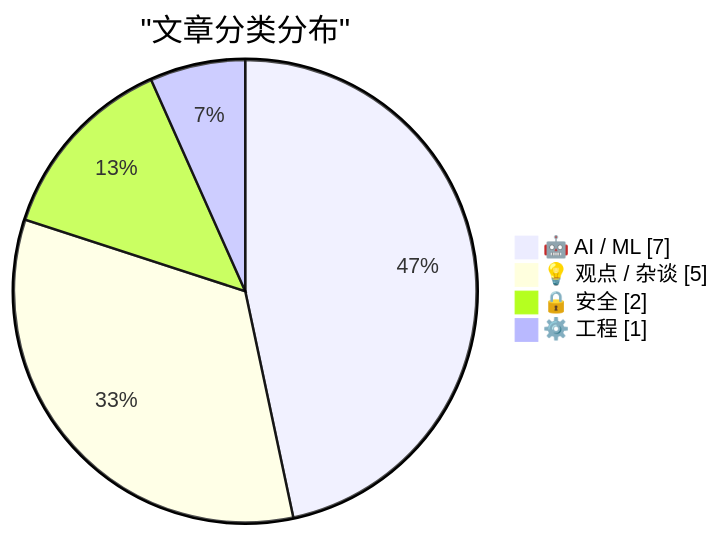
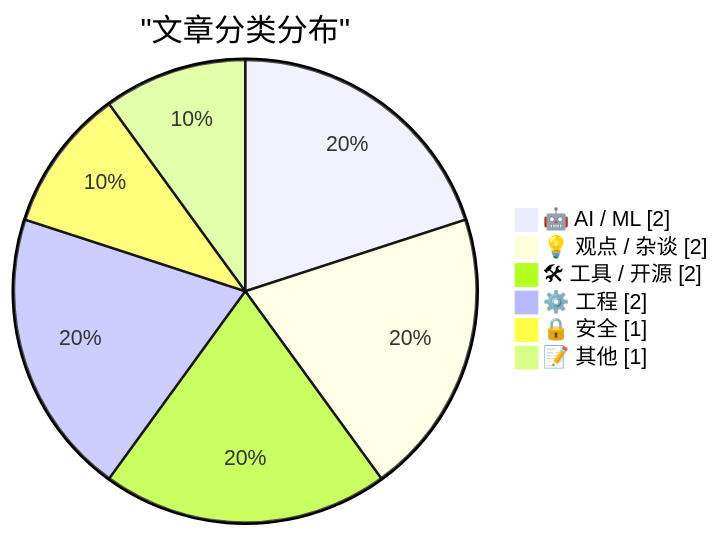
Before and after one commit to MapleZhu00519/ai-daily-digest: the first of 2 diagrams in AI-博客每日精选-2026-03-01.md, drawn with Mermaid. The commit also changed other lines of this file, not shown here.

````diff
--- a/AI-博客每日精选-2026-03-01.md
+++ b/AI-博客每日精选-2026-03-01.md
@@ -53,8 +53,10 @@
 ```mermaid
 pie showData
     title "文章分类分布"
-    "🤖 AI / ML" : 7
-    "💡 观点 / 杂谈" : 5
-    "🔒 安全" : 2
-    "⚙️ 工程" : 1
+    "🤖 AI / ML" : 2
+    "💡 观点 / 杂谈" : 2
+    "🛠 工具 / 开源" : 2
+    "⚙️ 工程" : 2
+    "🔒 安全" : 1
+    "📝 其他" : 1
 ```
````
